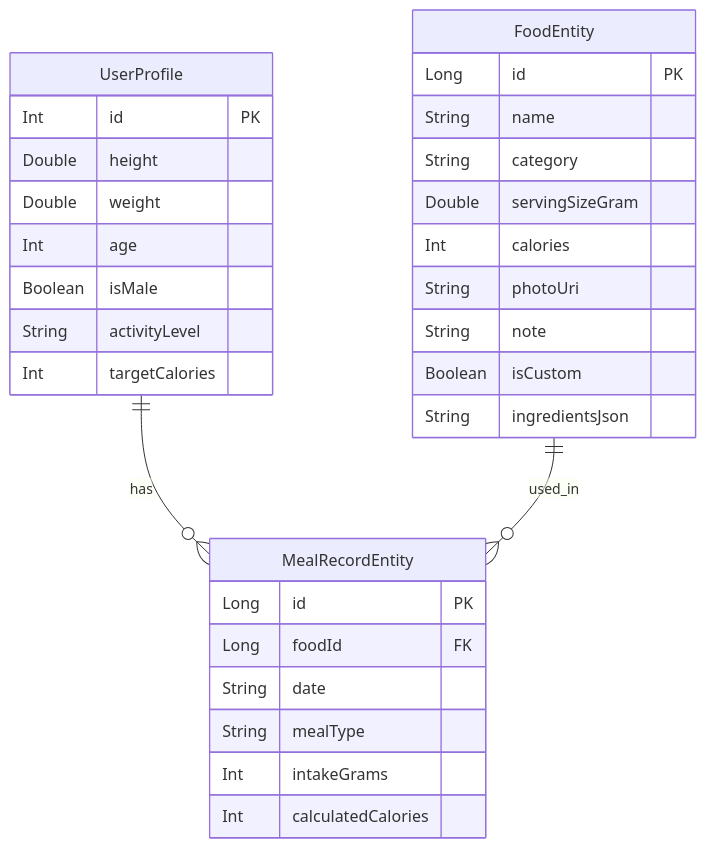
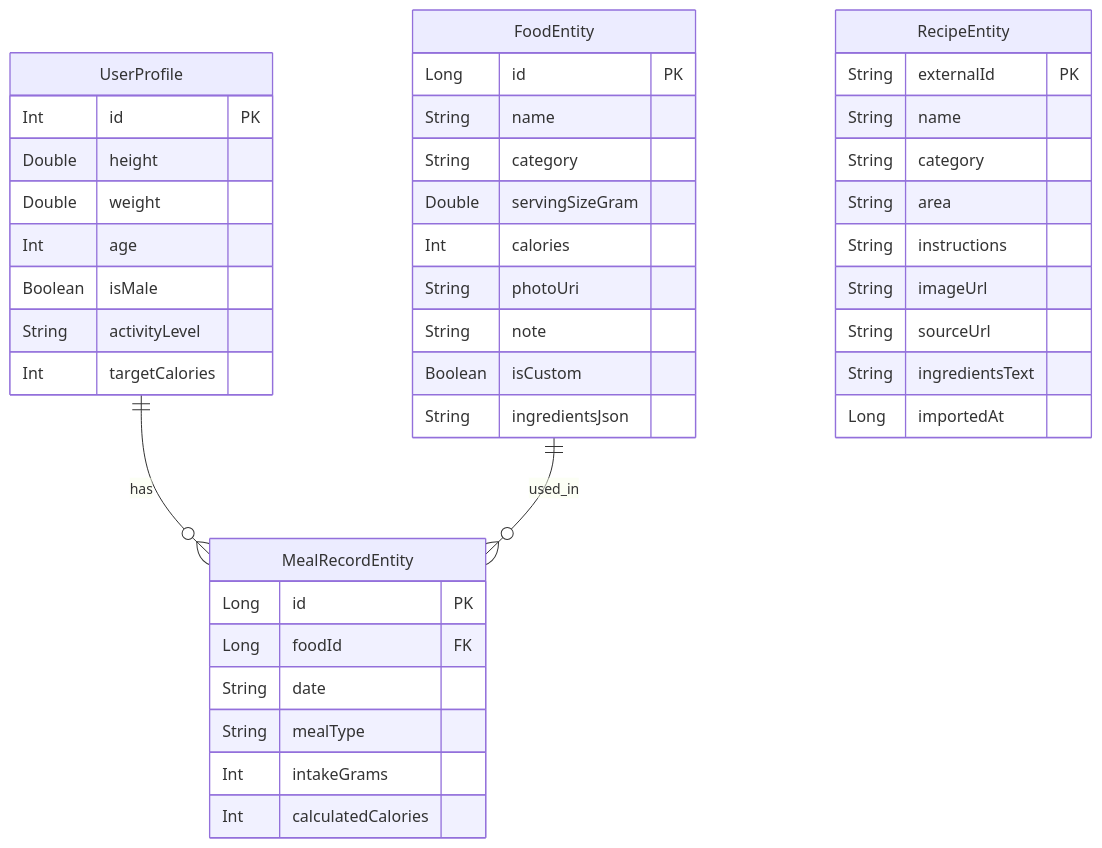
Before and after one commit to Jaehyeon2k/Android-Calorie: the diagram in docs/data.md, drawn with Mermaid. The commit also changed other lines of this file and 11 other files, not shown here.

````diff
--- a/docs/data.md
+++ b/docs/data.md
@@ -5,36 +5,48 @@
 ```mermaid
 erDiagram
     UserProfile ||--o{ MealRecordEntity : "has"
     FoodEntity ||--o{ MealRecordEntity : "used_in"
     
     UserProfile {
         Int id PK
         Double height
         Double weight
         Int age
         Boolean isMale
         String activityLevel
         Int targetCalories
     }
     
     FoodEntity {
         Long id PK
         String name
         String category
         Double servingSizeGram
         Int calories
         String photoUri
         String note
         Boolean isCustom
         String ingredientsJson
     }
     
     MealRecordEntity {
         Long id PK
         Long foodId FK
         String date
         String mealType
         Int intakeGrams
         Int calculatedCalories
     }
+    
+    RecipeEntity {
+        String externalId PK
+        String name
+        String category
+        String area
+        String instructions
+        String imageUrl
+        String sourceUrl
+        String ingredientsText
+        Long importedAt
+    }
 ```
````
